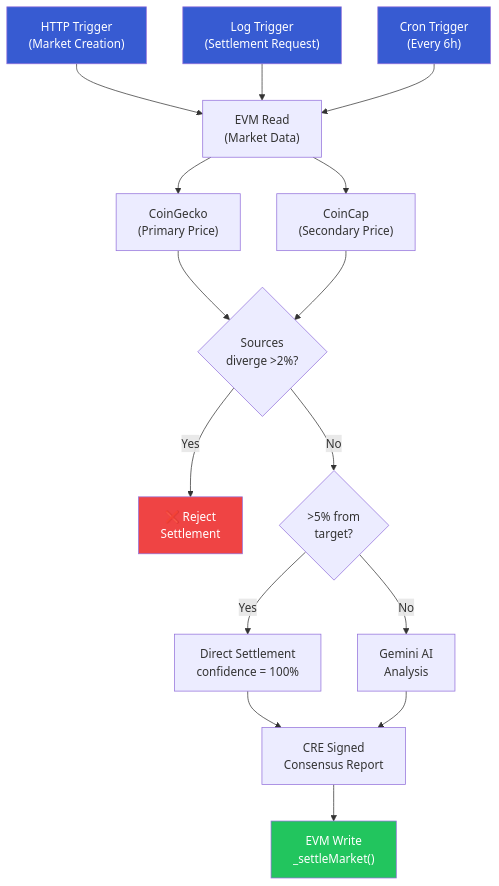
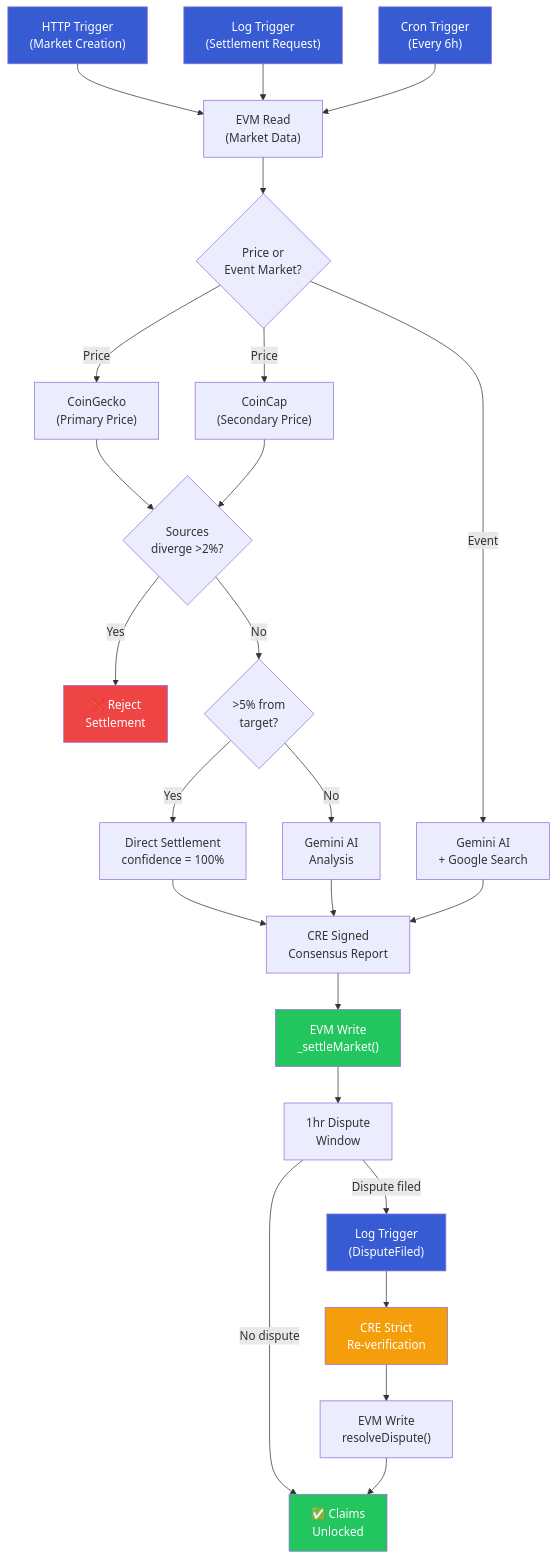
Before and after one commit to YuxiangJiangCT/oracle-settler: the first of 2 diagrams in README.md, drawn with Mermaid. The commit also changed other lines of this file and 1 other file, not shown here.

Commit message:
docs: Update README + demo script for event markets, dispute arbitration, 62 tests

````diff
--- a/README.md
+++ b/README.md
@@ -37,21 +40,32 @@
 ```mermaid
 flowchart TD
     HTTP["HTTP Trigger<br/>(Market Creation)"] --> READ["EVM Read<br/>(Market Data)"]
     LOG["Log Trigger<br/>(Settlement Request)"] --> READ
     CRON["Cron Trigger<br/>(Every 6h)"] --> READ
-    READ --> CG["CoinGecko<br/>(Primary Price)"]
-    READ --> CC["CoinCap<br/>(Secondary Price)"]
+    READ --> TYPE{"Price or<br/>Event Market?"}
+    TYPE -- "Price" --> CG["CoinGecko<br/>(Primary Price)"]
+    TYPE -- "Price" --> CC["CoinCap<br/>(Secondary Price)"]
+    TYPE -- "Event" --> AI2["Gemini AI<br/>+ Google Search"]
     CG & CC --> DIV{"Sources<br/>diverge >2%?"}
     DIV -- "Yes" --> REJECT["❌ Reject<br/>Settlement"]
     DIV -- "No" --> THRESH{">5% from<br/>target?"}
     THRESH -- "Yes" --> DIRECT["Direct Settlement<br/>confidence = 100%"]
     THRESH -- "No" --> AI["Gemini AI<br/>Analysis"]
-    DIRECT & AI --> CONSENSUS["CRE Signed<br/>Consensus Report"]
+    DIRECT & AI & AI2 --> CONSENSUS["CRE Signed<br/>Consensus Report"]
     CONSENSUS --> WRITE["EVM Write<br/>_settleMarket()"]
+    WRITE --> WINDOW["1hr Dispute<br/>Window"]
+    WINDOW -- "No dispute" --> CLAIM["✅ Claims<br/>Unlocked"]
+    WINDOW -- "Dispute filed" --> DLOG["Log Trigger<br/>(DisputeFiled)"]
+    DLOG --> STRICT["CRE Strict<br/>Re-verification"]
+    STRICT --> RESOLVE["EVM Write<br/>resolveDispute()"]
+    RESOLVE --> CLAIM
 
     style HTTP fill:#375BD2,color:#fff
     style LOG fill:#375BD2,color:#fff
     style CRON fill:#375BD2,color:#fff
+    style DLOG fill:#375BD2,color:#fff
     style REJECT fill:#ef4444,color:#fff
     style WRITE fill:#22c55e,color:#fff
+    style CLAIM fill:#22c55e,color:#fff
+    style STRICT fill:#f59e0b,color:#fff
 ```
````
